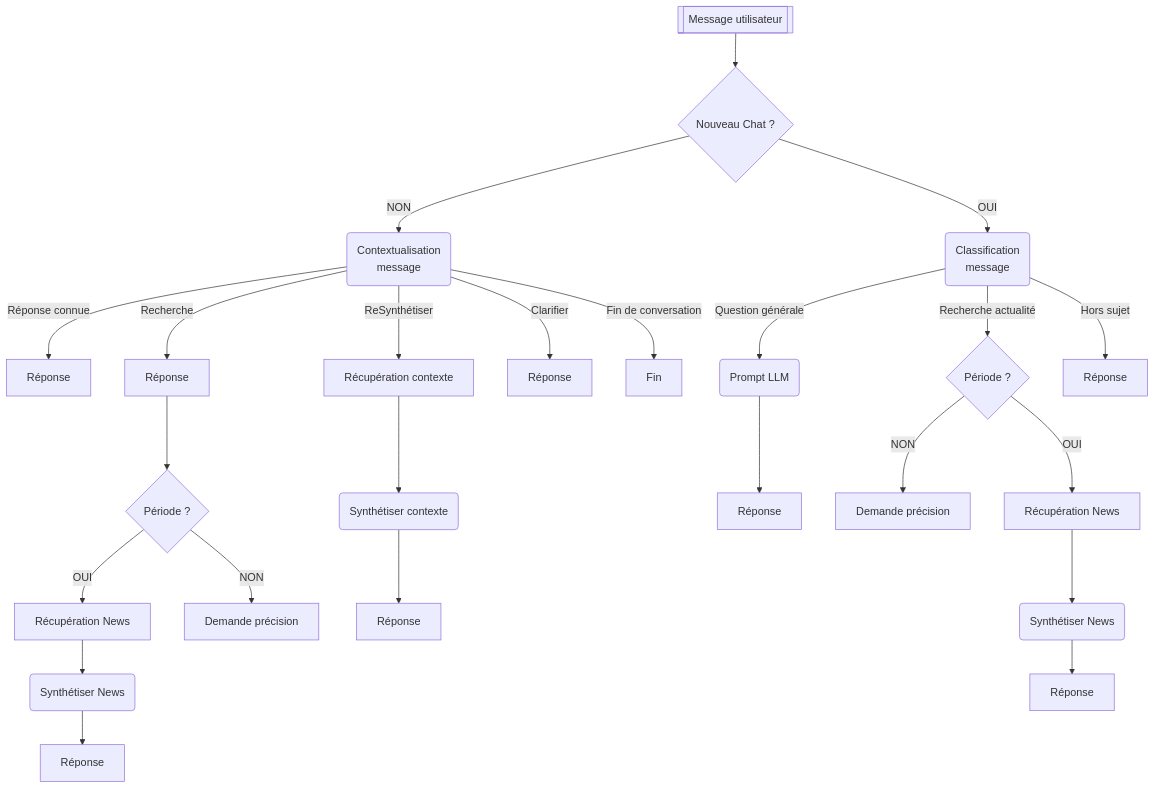
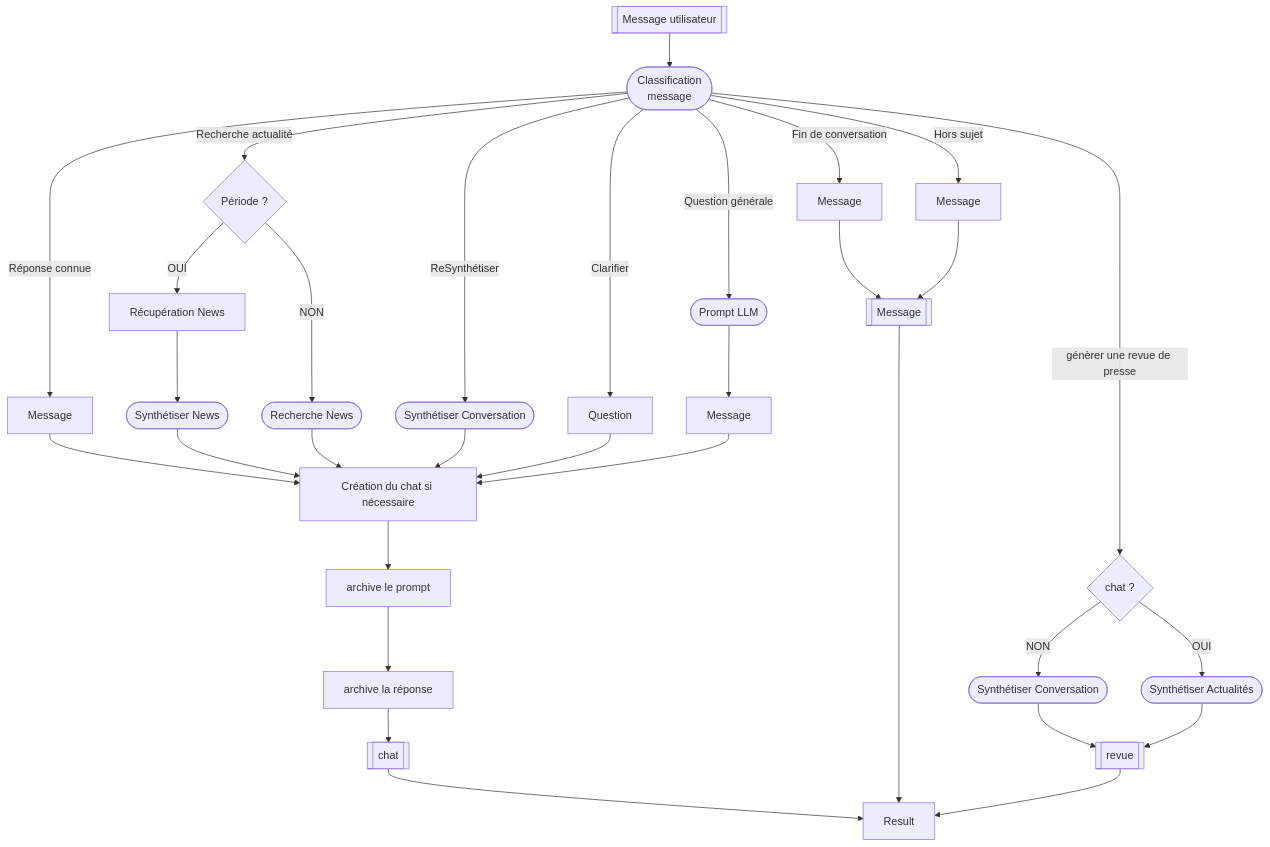
Before and after one commit to Ace4teaM/OCR-NewsFoundry: the second of 2 diagrams in DEV.md, drawn with Mermaid. The commit also changed 17 other files, not shown here.

Commit message:
fusionne l'agent de conversation et de classification pour créer un point d'entrée unique au prompt

````diff
--- a/DEV.md
+++ b/DEV.md
@@ -158,33 +158,25 @@
 ```mermaid
 flowchart TD
-    A[[Message utilisateur]]
-    A --> B{Nouveau Chat ?}
-    B -->|OUI| C(Classification\nmessage)
-    B -->|NON| P(Contextualisation\nmessage)
+    A[[Message utilisateur]] --> C([Classification\nmessage])
     
-    P -->|Réponse connue| Q[Réponse]
+    C -->|Réponse connue| Q1[Message] --> Chat
 
-    P -->|Recherche| R[Réponse]
-    R -->V{Période ?}
-    V -->|OUI| W[Récupération News]
-    W -->Y(Synthétiser News)
-    Y -->YY[Réponse]
-    V -->|NON| X[Demande précision]
-
-    P -->|ReSynthétiser| S[Récupération contexte]
-    S --> SS(Synthétiser contexte)
-    SS -->SSS[Réponse]
-
-    P -->|Clarifier| T[Réponse]
-
-    P -->|Fin de conversation| U[Fin]
-
-    C -->|Recherche actualité| I{Période ?}
-    C -->|Question générale| F(Prompt LLM)
-    F -->O[Réponse]
-    C -->|Hors sujet| G[Réponse]
-    I -->|NON| K[Demande précision]
-    I -->|OUI| L[Récupération News]
-    L --> M(Synthétiser News)
-    M -->N[Réponse]
+    C -->|Recherche actualité| Q2{Période ?}
+    Q2 -->|OUI| W[Récupération News] --> Y([Synthétiser News]) --> Chat[Création du chat si nécessaire]
+    Q2 -->|NON| X([Recherche News]) --> Chat
+    Chat --> Save1[archive le prompt] --> Save2[archive la réponse] --> Response[[chat]] --> Z
+    
+    C -->|ReSynthétiser| Q3([Synthétiser Conversation]) --> Chat
+    
+    C -->|Clarifier| Q4[Question] --> Chat
+    
+    C -->|Fin de conversation| Q5[Message] --> Message[[Message]] --> Z
+    
+    C -->|Hors sujet| Q7[Message] --> Message
+    
+    C -->|Question générale| Q6([Prompt LLM]) --> O[Message] --> Chat
+    
+    C -->|génèrer une revue de presse| Q8{chat ?}
+    Q8 -->|NON| MB([Synthétiser Conversation]) --> Revue
+    Q8 -->|OUI| MC([Synthétiser Actualités]) --> Revue[[revue]] --> Z[Result]
 ```
````
